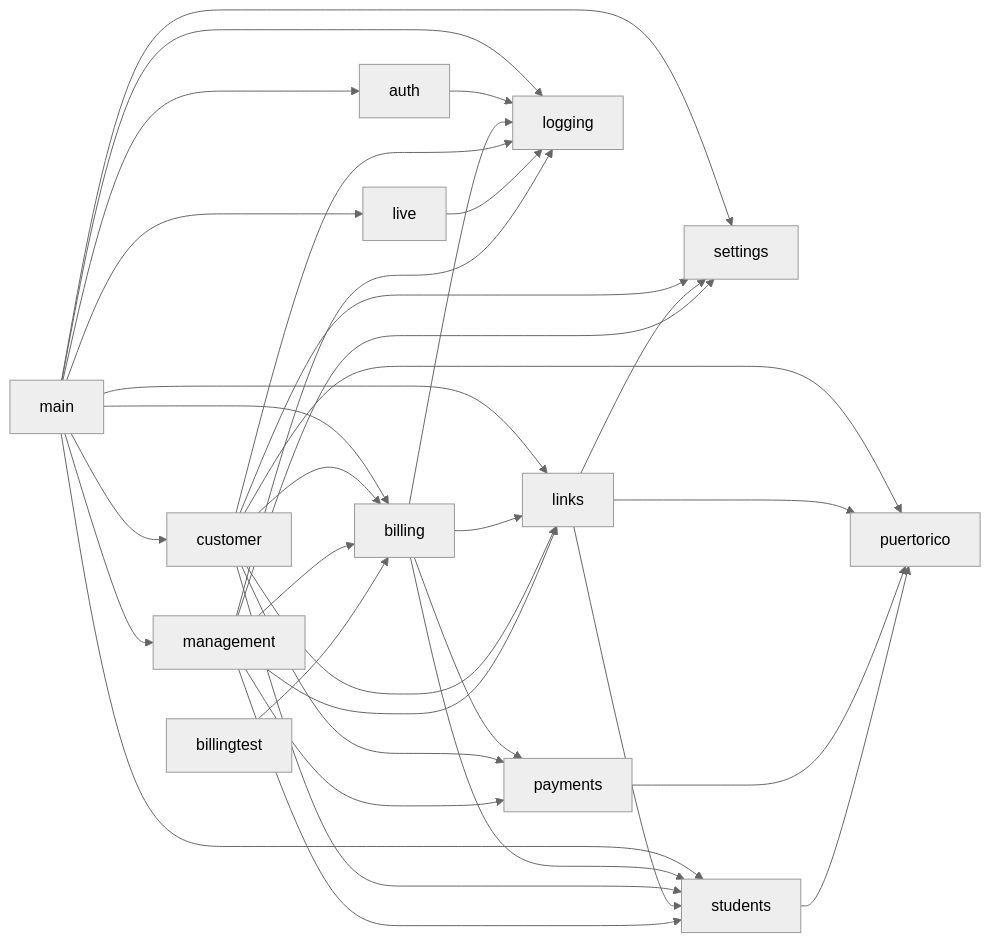
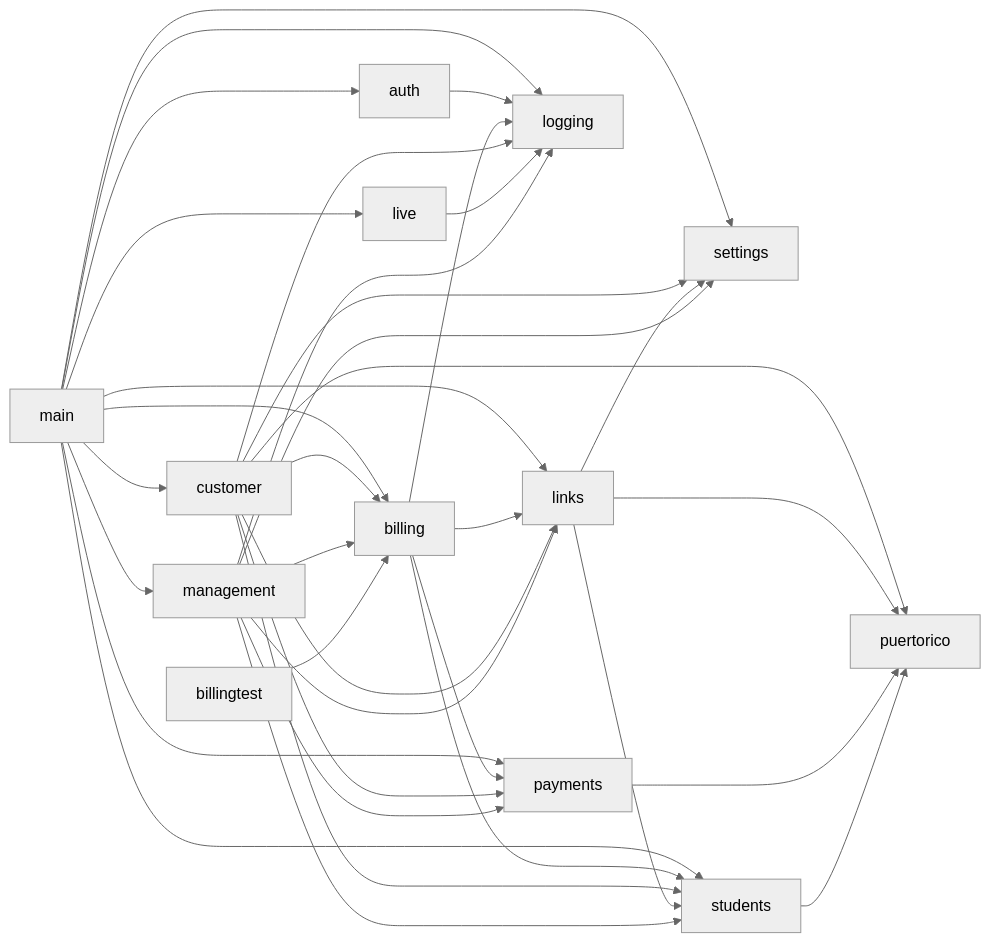
Before and after one commit to devGabriel131/ProjectHermes: the second of 3 diagrams in docs/architecture.md, drawn with Mermaid (neutral theme). The commit also changed 38 other files, not shown here.

````diff
--- a/docs/architecture.md
+++ b/docs/architecture.md
@@ -52,37 +52,38 @@
 ```mermaid
 flowchart LR
   main --> auth
   main --> billing
   main --> customer
   main --> links
   main --> live
   main --> logging
   main --> management
+  main --> payments
   main --> settings
   main --> students
   auth --> logging
   billing --> links
   billing --> logging
   billing --> payments
   billing --> students
   customer --> billing
   customer --> links
   customer --> logging
   customer --> payments
   customer --> puertorico
   customer --> settings
   customer --> students
   links --> puertorico
   links --> settings
   links --> students
   live --> logging
   management --> billing
   management --> links
   management --> logging
   management --> payments
   management --> settings
   management --> students
   payments --> puertorico
   students --> puertorico
   billingtest --> billing
 ```
````
